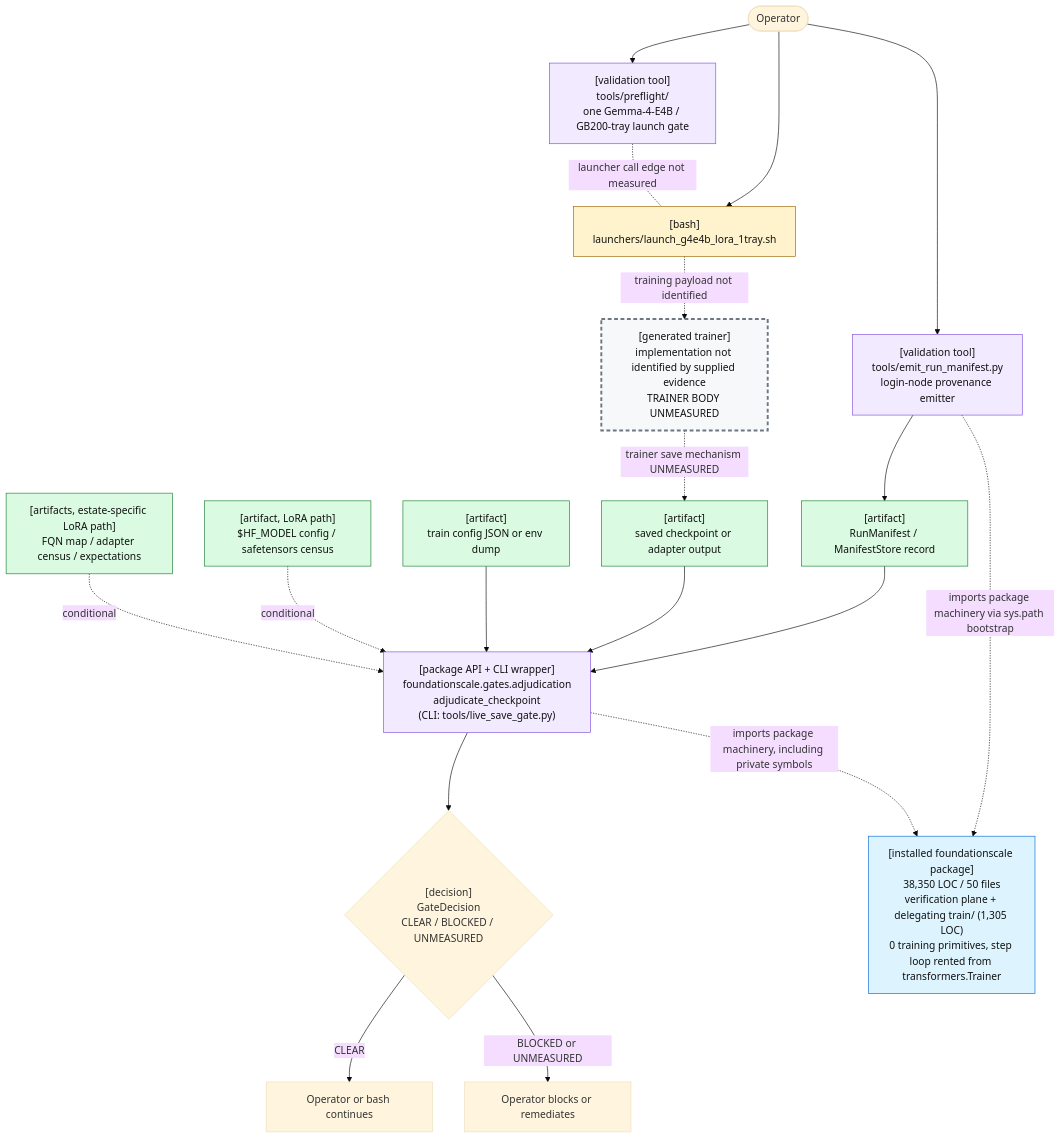
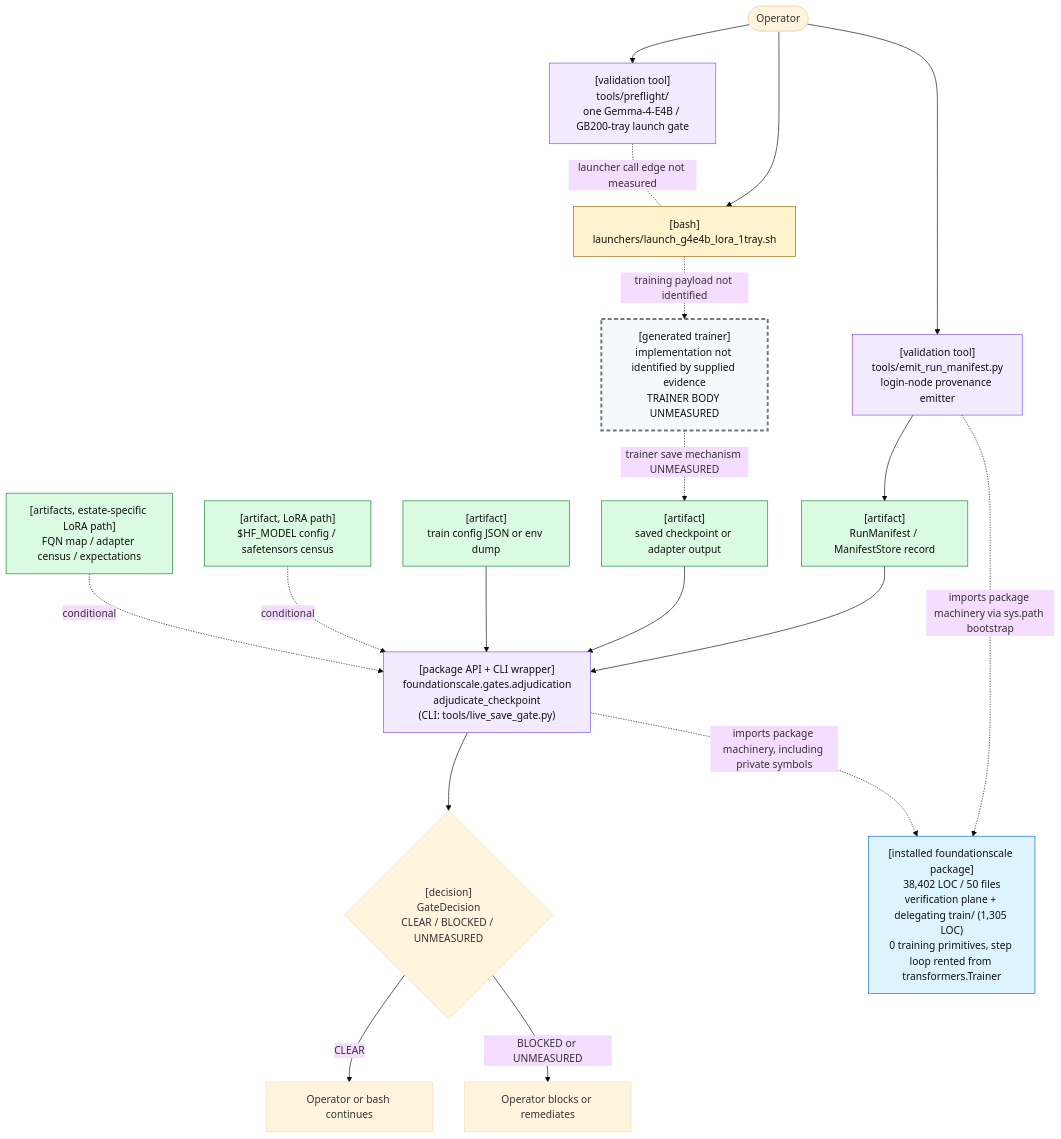
The first of 2 diagrams in docs/review/D2_current_architecture.md (TranNhiem/FoundationScale), drawn with Mermaid (base theme) before and after one commit. The commit also changed other lines of this file and 23 other files, not shown here.

````diff
--- a/docs/review/D2_current_architecture.md
+++ b/docs/review/D2_current_architecture.md
@@ -25,59 +25,59 @@
 ```mermaid
 flowchart TB
   O(["Operator"])
 
   PF["[validation tool]<br/>tools/preflight/<br/>one Gemma-4-E4B / GB200-tray launch gate"]
   L["[bash]<br/>launchers/launch_g4e4b_lora_1tray.sh"]
 
   E["[validation tool]<br/>tools/emit_run_manifest.py<br/>login-node provenance emitter"]
   M["[artifact]<br/>RunManifest / ManifestStore record"]
 
   T["[generated trainer]<br/>implementation not identified by supplied evidence<br/>TRAINER BODY UNMEASURED"]
   C["[artifact]<br/>saved checkpoint or adapter output"]
 
   G["[package API + CLI wrapper]<br/>foundationscale.gates.adjudication<br/>adjudicate_checkpoint<br/>(CLI: tools/live_save_gate.py)"]
   CFG["[artifact]<br/>train config JSON or env dump"]
   BASE["[artifact, LoRA path]<br/>$HF_MODEL config / safetensors census"]
   CEN["[artifacts, estate-specific LoRA path]<br/>FQN map / adapter census / expectations"]
 
   D{"[decision]<br/>GateDecision<br/>CLEAR / BLOCKED / UNMEASURED"}
   OK["Operator or bash continues"]
   NO["Operator blocks or remediates"]
 
-  PKG["[installed foundationscale package]<br/>38,350 LOC / 50 files<br/>verification plane + delegating train/ (1,305 LOC)<br/>0 training primitives, step loop rented from transformers.Trainer"]
+  PKG["[installed foundationscale package]<br/>38,402 LOC / 50 files<br/>verification plane + delegating train/ (1,305 LOC)<br/>0 training primitives, step loop rented from transformers.Trainer"]
 
   O --> PF
   O --> L
   PF -. "launcher call edge not measured" .- L
 
   O --> E
   E --> M
 
   L -. "training payload not identified" .-> T
   T -. "trainer save mechanism UNMEASURED" .-> C
 
   M --> G
   C --> G
   CFG --> G
   BASE -. "conditional" .-> G
   CEN -. "conditional" .-> G
 
   E -. "imports package machinery via sys.path bootstrap" .-> PKG
   G -. "imports package machinery, including private symbols" .-> PKG
 
   G --> D
   D -->|"CLEAR"| OK
   D -->|"BLOCKED or UNMEASURED"| NO
 
   classDef bash fill:#fff3cd,stroke:#9a6700,color:#111;
   classDef tool fill:#f2eaff,stroke:#8250df,color:#111;
   classDef artifact fill:#dafbe1,stroke:#1a7f37,color:#111;
   classDef gap fill:#f6f8fa,stroke:#6e7781,stroke-width:3px,stroke-dasharray: 6 4,color:#111;
   classDef pkg fill:#ddf4ff,stroke:#0969da,color:#111;
 
   class L bash;
   class PF,E,G tool;
   class M,C,CFG,BASE,CEN artifact;
   class T gap;
   class PKG pkg;
 ```
````
